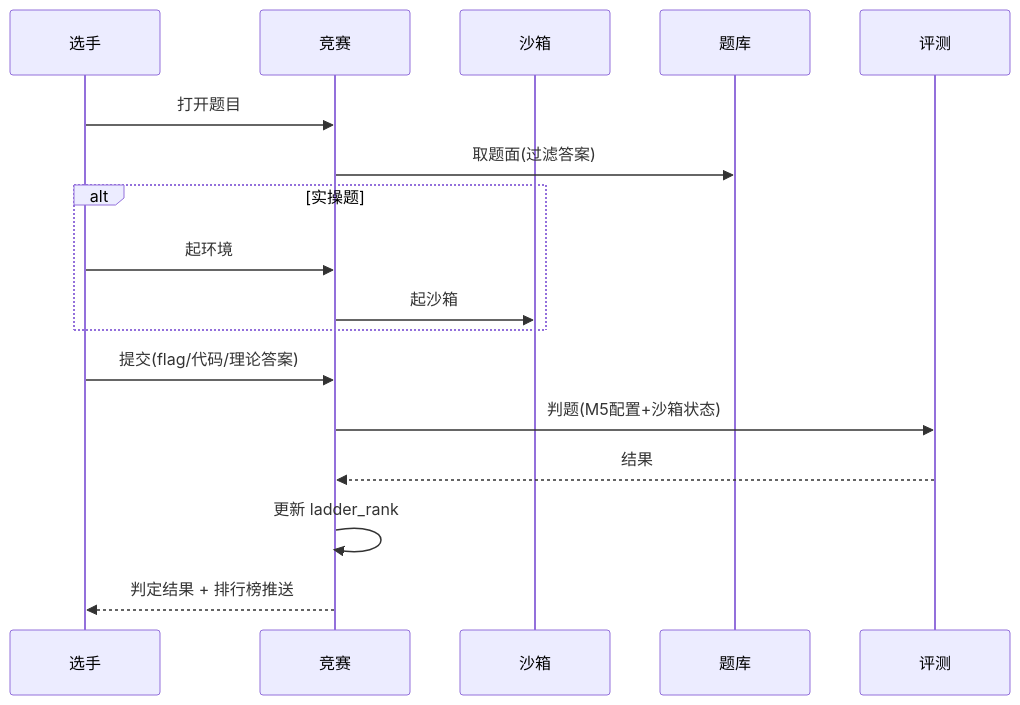
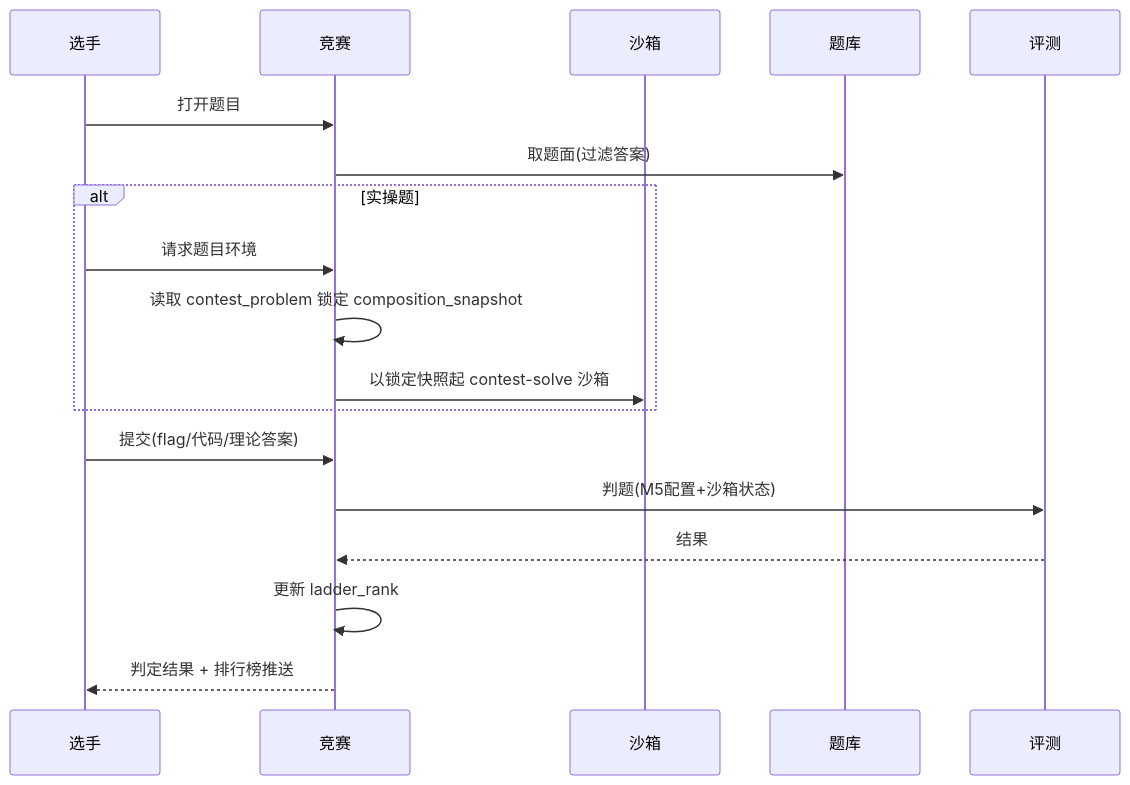
Before and after one commit to menghuishisan/CHAIMIR: the third of 8 diagrams in docs/08-竞赛/05-业务流程与状态机.md, drawn with Mermaid. The commit also changed other lines of this file and 589 other files, not shown here.

````diff
--- a/docs/08-竞赛/05-业务流程与状态机.md
+++ b/docs/08-竞赛/05-业务流程与状态机.md
@@ -42,19 +42,20 @@
 ```mermaid
 sequenceDiagram
     participant S as 选手
     participant M8 as 竞赛
     participant M2 as 沙箱
     participant M5 as 题库
     participant M3 as 评测
     S->>M8: 打开题目
     M8->>M5: 取题面(过滤答案)
     alt 实操题
-        S->>M8: 起环境
-        M8->>M2: 起沙箱
+    S->>M8: 请求题目环境
+        M8->>M8: 读取 contest_problem 锁定 composition_snapshot
+        M8->>M2: 以锁定快照起 contest-solve 沙箱
     end
     S->>M8: 提交(flag/代码/理论答案)
     M8->>M3: 判题(M5配置+沙箱状态)
     M3-->>M8: 结果
     M8->>M8: 更新 ladder_rank
     M8-->>S: 判定结果 + 排行榜推送
 ```
````
